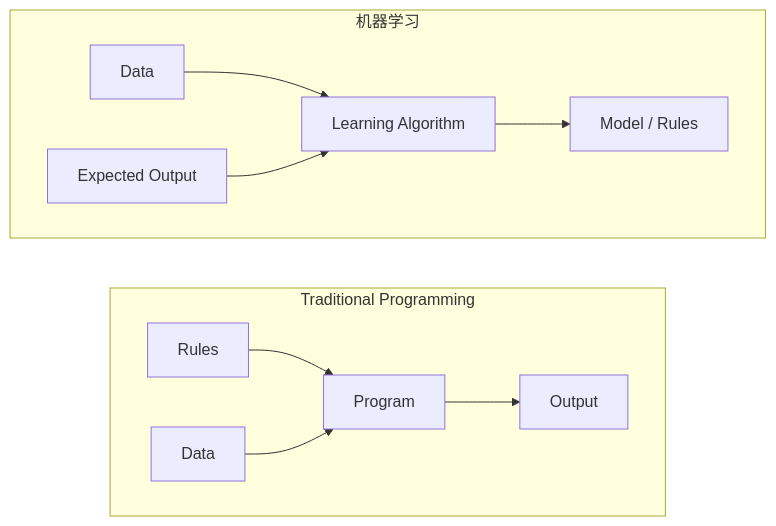
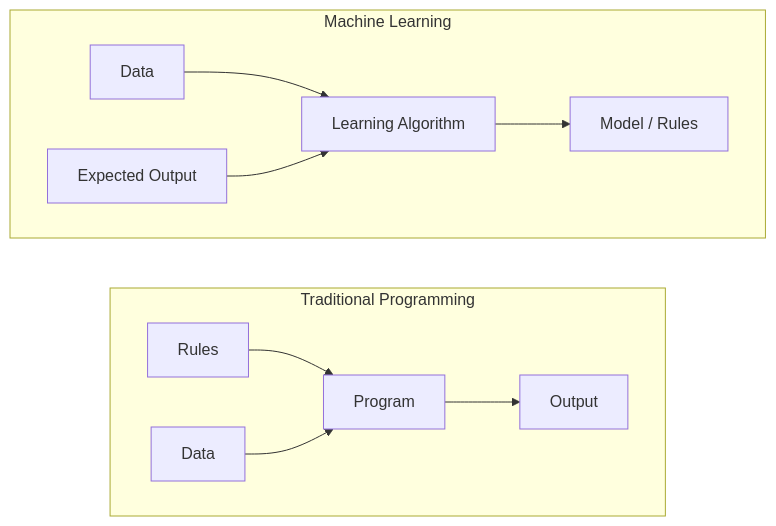
Before and after one commit to arwei944/ai-engineering-from-scratch: the first of 6 diagrams in phases/02-ml-fundamentals/01-what-is-machine-learning/docs/zh.md, drawn with Mermaid. The commit also changed other lines of this file and 65 other files, not shown here.

````diff
--- a/phases/02-ml-fundamentals/01-what-is-machine-learning/docs/zh.md
+++ b/phases/02-ml-fundamentals/01-what-is-machine-learning/docs/zh.md
@@ -31,16 +31,16 @@
 ```mermaid
 flowchart LR
     subgraph Traditional["Traditional Programming"]
         direction LR
         R[Rules] --> P1[Program]
         D1[Data] --> P1
         P1 --> O1[Output]
     end
 
-    subgraph ML["机器学习"]
+    subgraph ML["Machine Learning"]
         direction LR
         D2[Data] --> P2[Learning Algorithm]
         O2[Expected Output] --> P2
         P2 --> M[Model / Rules]
     end
 ```
````
